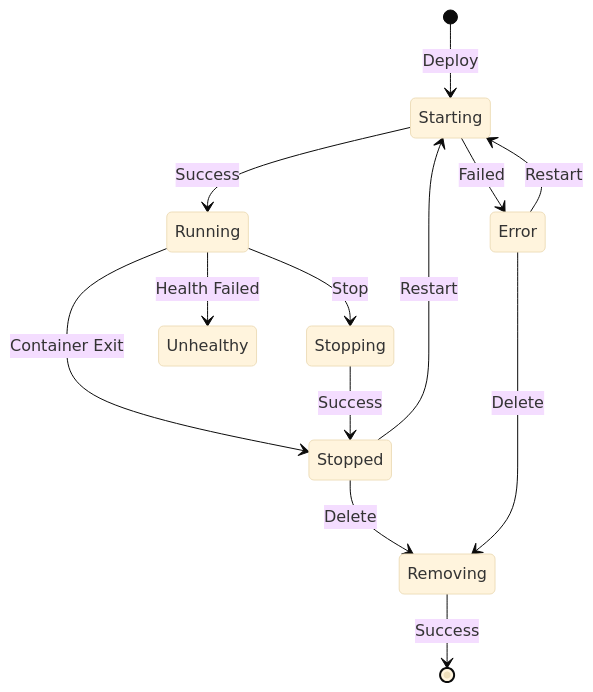
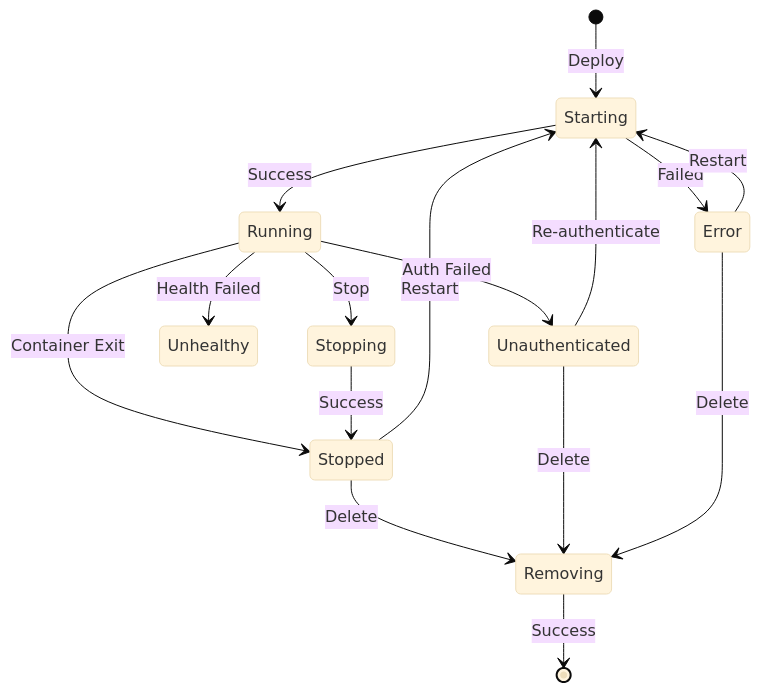
Before and after one commit to stacklok/toolhive: the diagram in docs/arch/08-workloads-lifecycle.md, drawn with Mermaid (base theme). The commit also changed other lines of this file and 12 other files, not shown here.

````diff
--- a/docs/arch/08-workloads-lifecycle.md
+++ b/docs/arch/08-workloads-lifecycle.md
@@ -16,18 +16,22 @@
 ```mermaid
 stateDiagram-v2
     [*] --> Starting: Deploy
     Starting --> Running: Success
     Starting --> Error: Failed
 
     Running --> Stopping: Stop
     Running --> Unhealthy: Health Failed
+    Running --> Unauthenticated: Auth Failed
     Running --> Stopped: Container Exit
 
     Stopping --> Stopped: Success
     Stopped --> Starting: Restart
     Stopped --> Removing: Delete
 
+    Unauthenticated --> Starting: Re-authenticate
+    Unauthenticated --> Removing: Delete
+
     Removing --> [*]: Success
     Error --> Starting: Restart
     Error --> Removing: Delete
 ```
````
